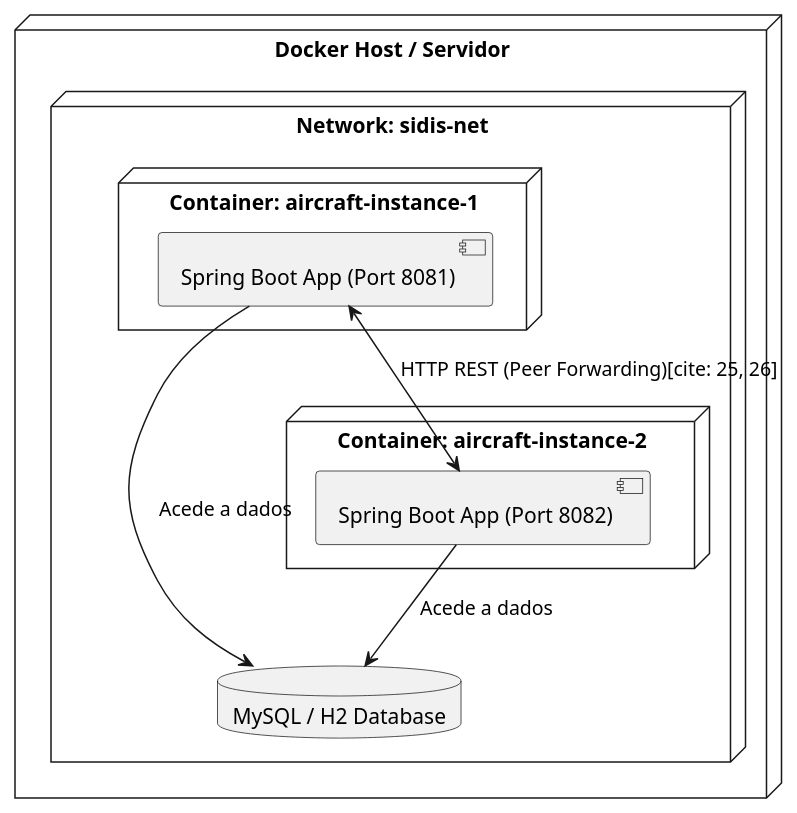
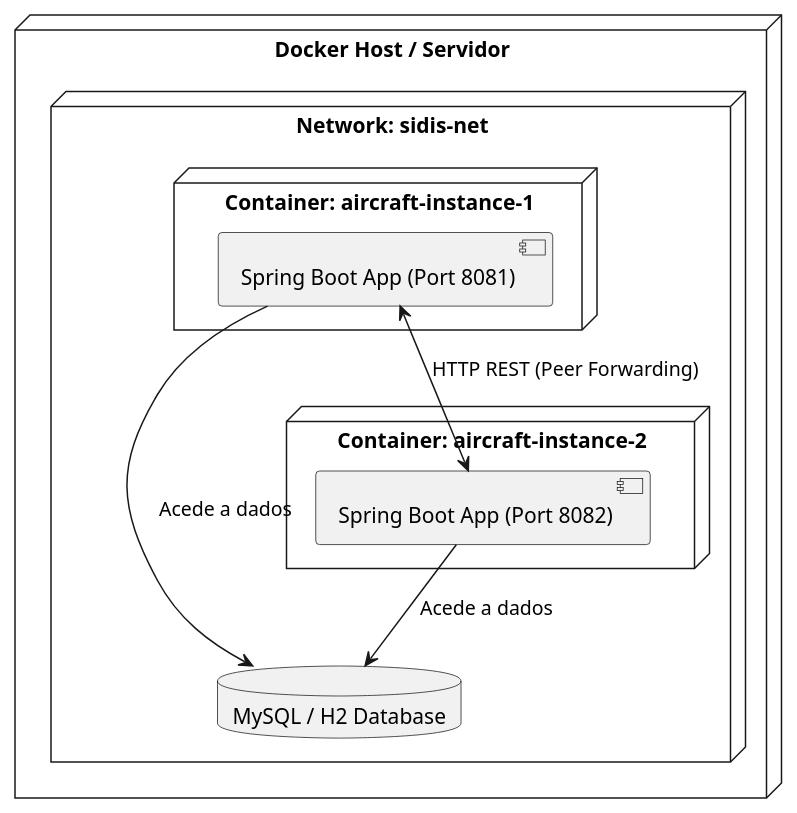
One commit to goncalomaia18/SIDIS_3DA_G09 changed the diagram in diagramas/Deployment.puml. Above: the diagram before and after it, drawn with PlantUML. The commit also changed 4 other files, not shown here.

Commit message:
uml documentacao

```diff
--- a/diagramas/Deployment.puml
+++ b/diagramas/Deployment.puml
@@ -1,17 +1,17 @@
 @startuml
 node "Docker Host / Servidor" {
     node "Network: sidis-net" {
         node "Container: aircraft-instance-1" {
             [Spring Boot App (Port 8081)] as App1
         }
         node "Container: aircraft-instance-2" {
             [Spring Boot App (Port 8082)] as App2
         }
         database "MySQL / H2 Database" as DB
     }
 }
 
 App1 --> DB : Acede a dados
 App2 --> DB : Acede a dados
-App1 <--> App2 : HTTP REST (Peer Forwarding)[cite: 25, 26]
+App1 <--> App2 : HTTP REST (Peer Forwarding)
 @enduml
```
